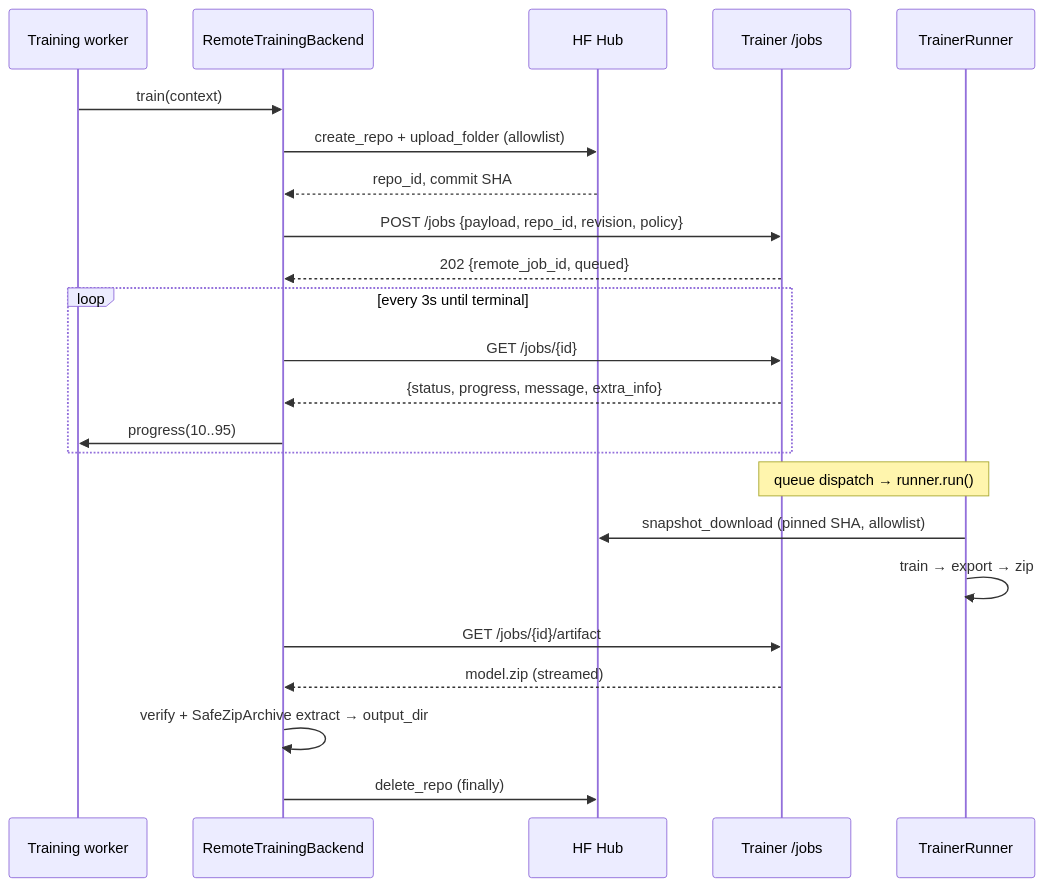
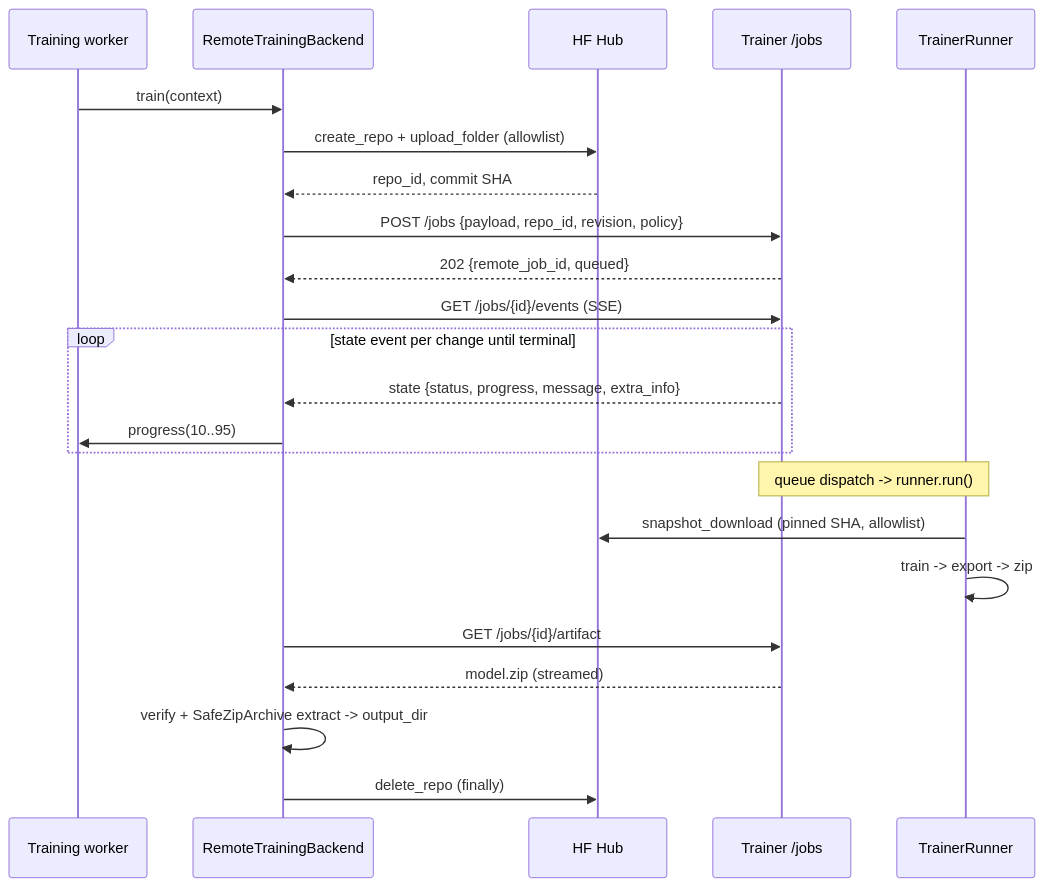
The third of 3 diagrams in application/docs/designs/remote-training.md (open-edge-platform/physical-ai-studio), drawn with Mermaid before and after one commit. The commit also changed other lines of this file and 1 other file, not shown here.

Commit message:
fix: Update logging level for event processing and refine remote training documentation

````diff
--- a/application/docs/designs/remote-training.md
+++ b/application/docs/designs/remote-training.md
@@ -83,26 +90,26 @@
 ```mermaid
 sequenceDiagram
     participant W as Training worker
     participant RB as RemoteTrainingBackend
     participant HF as HF Hub
     participant T as Trainer /jobs
     participant R as TrainerRunner
 
     W->>RB: train(context)
     RB->>HF: create_repo + upload_folder (allowlist)
     HF-->>RB: repo_id, commit SHA
     RB->>T: POST /jobs {payload, repo_id, revision, policy}
     T-->>RB: 202 {remote_job_id, queued}
-    loop every 3s until terminal
-        RB->>T: GET /jobs/{id}
-        T-->>RB: {status, progress, message, extra_info}
+    RB->>T: GET /jobs/{id}/events (SSE)
+    loop state event per change until terminal
+        T-->>RB: state {status, progress, message, extra_info}
         RB->>W: progress(10..95)
     end
-    Note over T,R: queue dispatch → runner.run()
+    Note over T,R: queue dispatch -> runner.run()
     R->>HF: snapshot_download (pinned SHA, allowlist)
-    R->>R: train → export → zip
+    R->>R: train -> export -> zip
     RB->>T: GET /jobs/{id}/artifact
     T-->>RB: model.zip (streamed)
-    RB->>RB: verify + SafeZipArchive extract → output_dir
+    RB->>RB: verify + SafeZipArchive extract -> output_dir
     RB->>HF: delete_repo (finally)
 ```
````
